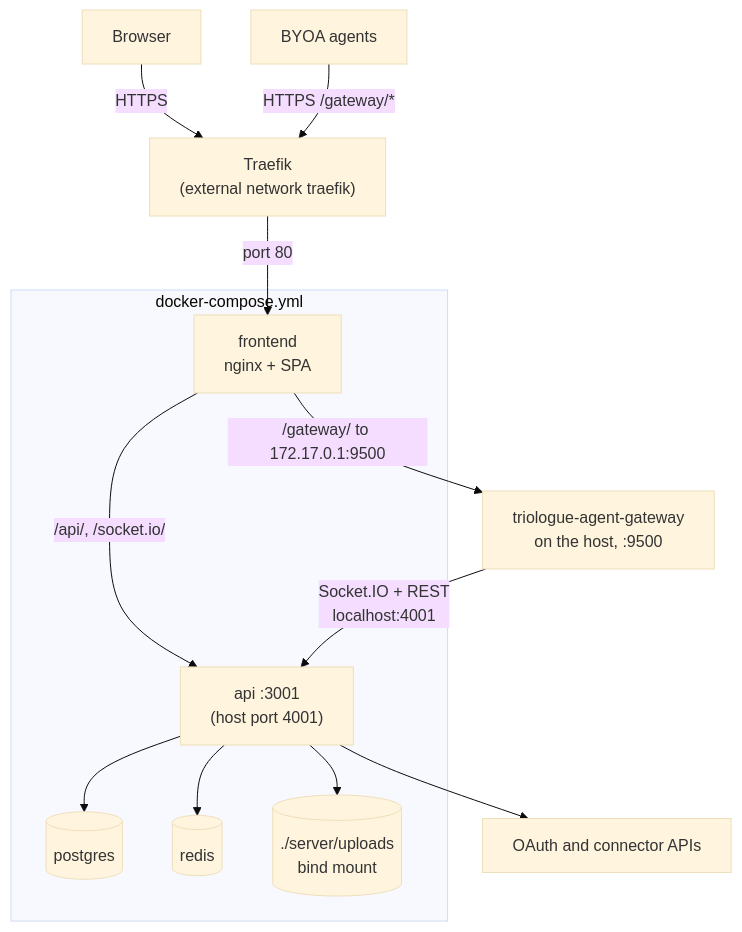
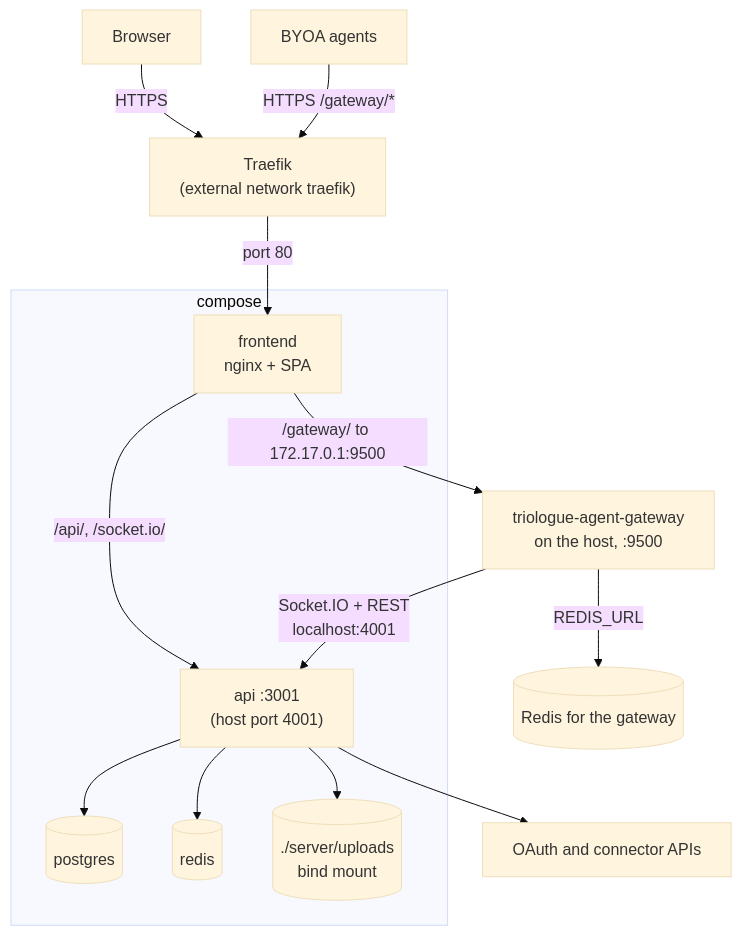
One commit to LanNguyenSi/triologue changed the diagram in docs/deployment.md. Above: the diagram before and after it, drawn with Mermaid (base theme). The commit also changed other lines of this file and 14 other files, not shown here.

````diff
--- a/docs/deployment.md
+++ b/docs/deployment.md
@@ -80,20 +85,21 @@
 ```mermaid
 flowchart TD
-    Browser["Browser"] -->|"HTTPS"| Traefik["Traefik<br/>(external network traefik)"]
-    Agents["BYOA agents"] -->|"HTTPS /gateway/*"| Traefik
-    Traefik -->|"port 80"| Frontend
-    subgraph compose["docker-compose.yml"]
+    subgraph compose["compose"]
         Frontend["frontend<br/>nginx + SPA"]
         API["api :3001<br/>(host port 4001)"]
         Postgres[("postgres")]
         Redis[("redis")]
         Uploads[("./server/uploads<br/>bind mount")]
     end
+    Browser["Browser"] -->|"HTTPS"| Traefik["Traefik<br/>(external network traefik)"]
+    Agents["BYOA agents"] -->|"HTTPS /gateway/*"| Traefik
+    Traefik -->|"port 80"| Frontend
     Frontend -->|"/api/, /socket.io/"| API
     Frontend -->|"/gateway/ to 172.17.0.1:9500"| Gateway["triologue-agent-gateway<br/>on the host, :9500"]
     Gateway -->|"Socket.IO + REST<br/>localhost:4001"| API
+    Gateway -->|"REDIS_URL"| GwRedis[("Redis for the gateway")]
     API --> Postgres
     API --> Redis
     API --> Uploads
     API --> Providers["OAuth and connector APIs"]
 ```
````
